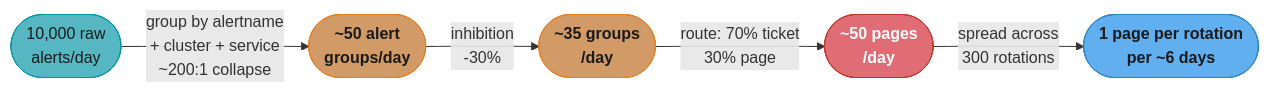
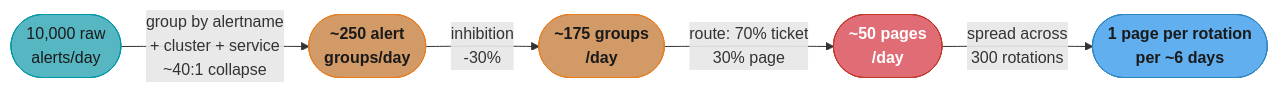
The first of 8 diagrams in src/main/java/com/rutik/systemdesign/devops/case_studies/design_incident_response_system.md (rppol/system-design), drawn with Mermaid before and after one commit. The commit also changed other lines of this file and 2 other files, not shown here.

````diff
--- a/src/main/java/com/rutik/systemdesign/devops/case_studies/design_incident_response_system.md
+++ b/src/main/java/com/rutik/systemdesign/devops/case_studies/design_incident_response_system.md
@@ -81,20 +81,20 @@
 ```mermaid
 flowchart LR
     classDef io      fill:#61afef,stroke:#2e86c1,color:#1a1a1a,font-weight:bold
     classDef frozen  fill:#c678dd,stroke:#9b59b6,color:#fff
     classDef train   fill:#98c379,stroke:#27ae60,color:#1a1a1a
     classDef mathOp  fill:#d19a66,stroke:#e67e22,color:#1a1a1a,font-weight:bold
     classDef lossN   fill:#e06c75,stroke:#c0392b,color:#fff,font-weight:bold
     classDef req     fill:#56b6c2,stroke:#0097a7,color:#1a1a1a
     classDef base    fill:#e5c07b,stroke:#f39c12,color:#1a1a1a
 
-    A(["10,000 raw<br/>alerts/day"]) -->|"group by alertname<br/>+ cluster + service<br/>~200:1 collapse"| B(["~50 alert<br/>groups/day"])
-    B -->|"inhibition<br/>-30%"| C(["~35 groups<br/>/day"])
+    A(["10,000 raw<br/>alerts/day"]) -->|"group by alertname<br/>+ cluster + service<br/>~40:1 collapse"| B(["~250 alert<br/>groups/day"])
+    B -->|"inhibition<br/>-30%"| C(["~175 groups<br/>/day"])
     C -->|"route: 70% ticket<br/>30% page"| D(["~50 pages<br/>/day"])
     D -->|"spread across<br/>300 rotations"| E(["1 page per rotation<br/>per ~6 days"])
 
     class A req
     class B,C mathOp
     class D lossN
     class E io
 ```
````
